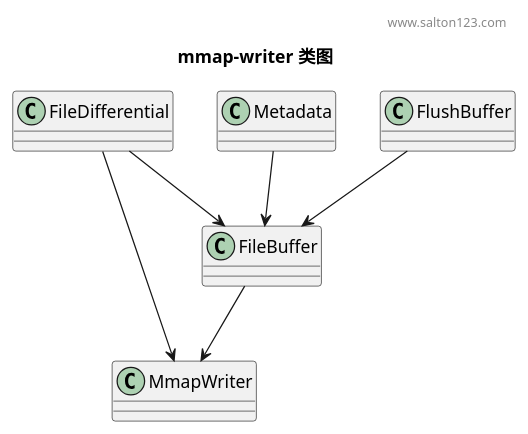
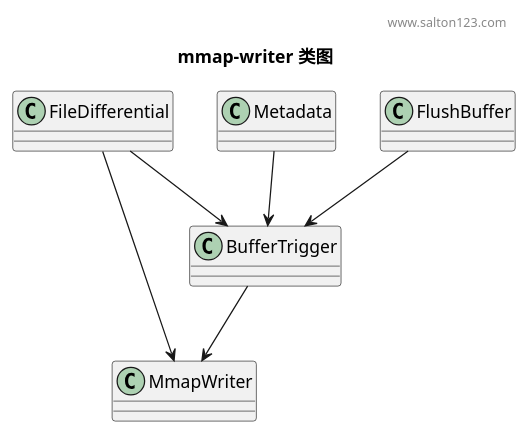
The diagram in README.MD (LiveSalton/xlog), drawn with PlantUML before and after one commit. The commit also changed 9 other files, not shown here.

````diff
--- a/README.MD
+++ b/README.MD
@@ -1,32 +1,32 @@
 ```plantuml
 title mmap-writer 类图
 header www.salton123.com
 
 
 class MmapWriter{
 
 }
 
 class Metadata{
 
 }
 
 class FileDifferential{
 
 }
 
-class FileBuffer{
+class BufferTrigger{
 
 }
 
 class FlushBuffer{
 
 }
 
 
-Metadata --> FileBuffer
-FlushBuffer --> FileBuffer
-FileBuffer --> MmapWriter
-FileDifferential --> FileBuffer
+Metadata --> BufferTrigger
+FlushBuffer --> BufferTrigger
+BufferTrigger --> MmapWriter
+FileDifferential --> BufferTrigger
 FileDifferential --> MmapWriter
 ```
````
